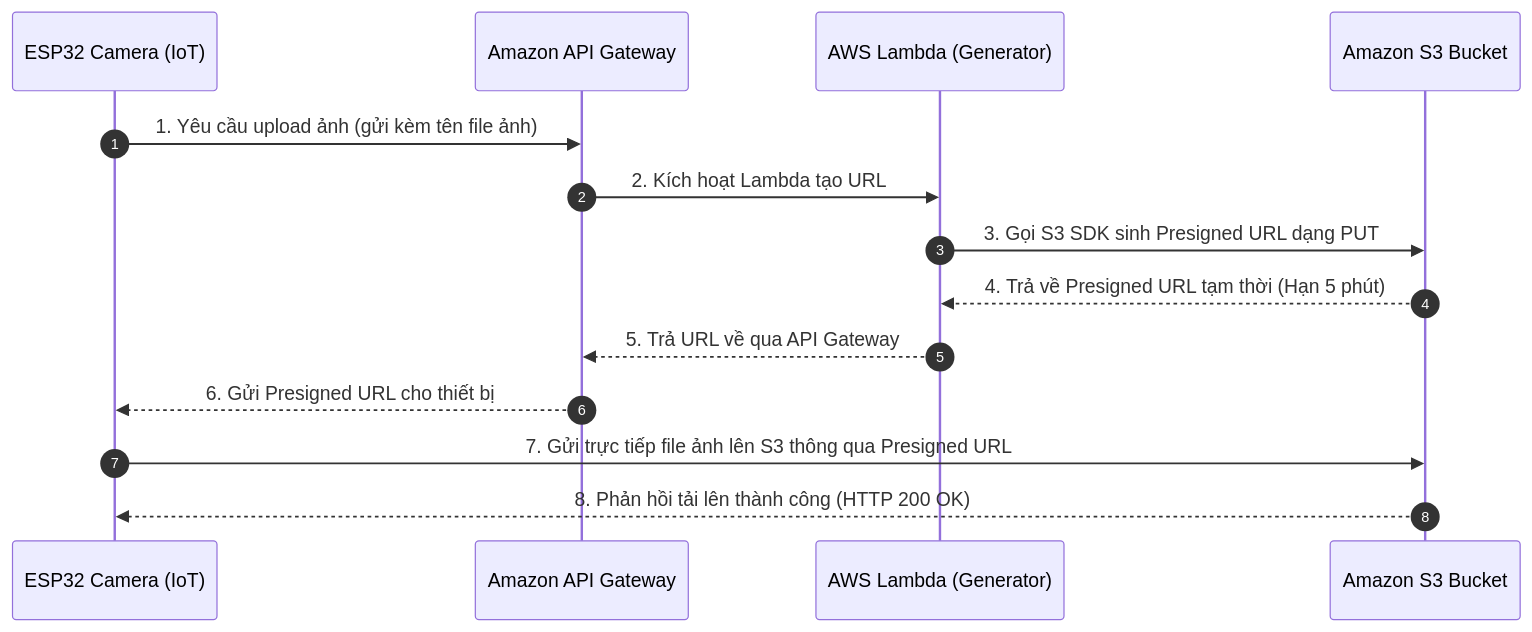
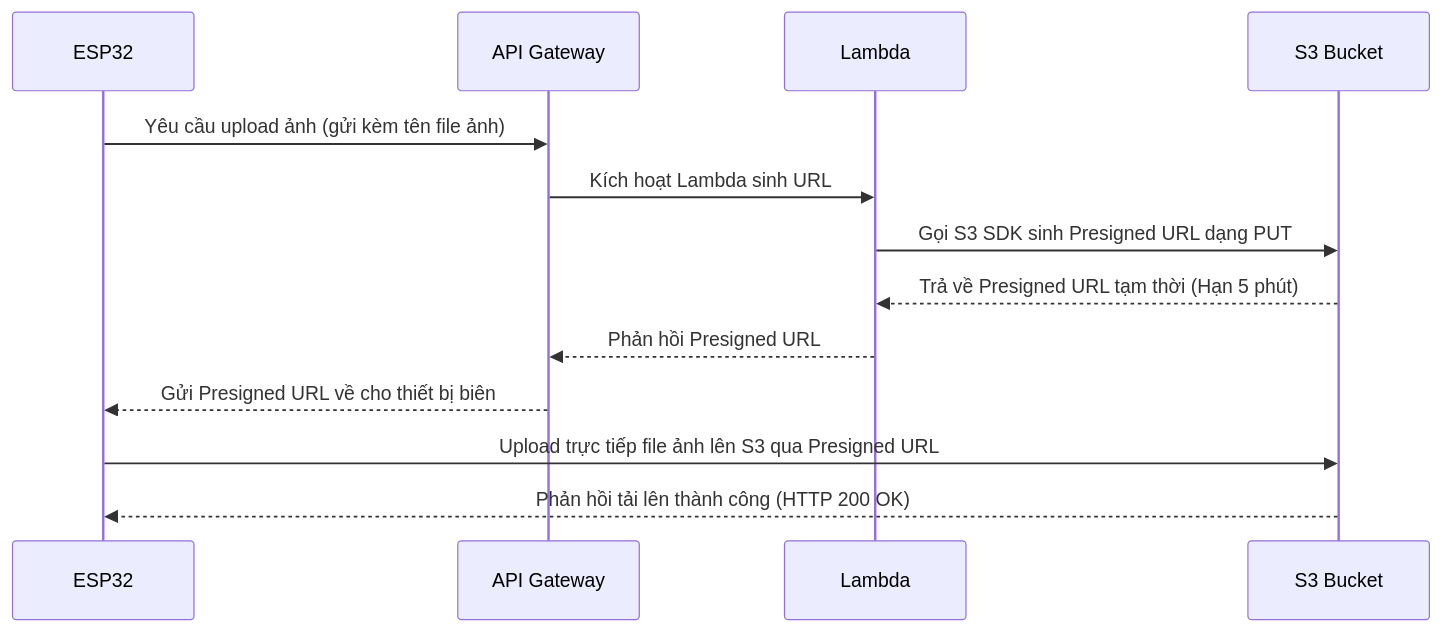
One commit to tranvantrung27/aws-report changed the diagram in content/5-Workshop/5.3-IoT-Core-S3/5.3.2-s3-presigned-url/_index.vi.md. Above: the diagram before and after it, drawn with Mermaid. The commit also changed other lines of this file and 123 other files, not shown here.

````diff
--- a/content/5-Workshop/5.3-IoT-Core-S3/5.3.2-s3-presigned-url/_index.vi.md
+++ b/content/5-Workshop/5.3-IoT-Core-S3/5.3.2-s3-presigned-url/_index.vi.md
@@ -66,17 +62,11 @@
-```mermaid
+{{< mermaid >}}
 sequenceDiagram
-    autonumber
-    participant ESP32 as ESP32 Camera (IoT)
-    participant API as Amazon API Gateway
-    participant Lambda as AWS Lambda (Generator)
-    participant S3 as Amazon S3 Bucket
-    
-    ESP32->>API: 1. Yêu cầu upload ảnh (gửi kèm tên file ảnh)
-    API->>Lambda: 2. Kích hoạt Lambda tạo URL
-    Lambda->>S3: 3. Gọi S3 SDK sinh Presigned URL dạng PUT
-    S3-->>Lambda: 4. Trả về Presigned URL tạm thời (Hạn 5 phút)
-    Lambda-->>API: 5. Trả URL về qua API Gateway
-    API-->>ESP32: 6. Gửi Presigned URL cho thiết bị
-    ESP32->>S3: 7. Gửi trực tiếp file ảnh lên S3 thông qua Presigned URL
-    S3-->>ESP32: 8. Phản hồi tải lên thành công (HTTP 200 OK)
-```
+    ESP32->>API Gateway: Yêu cầu upload ảnh (gửi kèm tên file ảnh)
+    API Gateway->>Lambda: Kích hoạt Lambda sinh URL
+    Lambda->>S3 Bucket: Gọi S3 SDK sinh Presigned URL dạng PUT
+    S3 Bucket-->>Lambda: Trả về Presigned URL tạm thời (Hạn 5 phút)
+    Lambda-->>API Gateway: Phản hồi Presigned URL
+    API Gateway-->>ESP32: Gửi Presigned URL về cho thiết bị biên
+    ESP32->>S3 Bucket: Upload trực tiếp file ảnh lên S3 qua Presigned URL
+    S3 Bucket-->>ESP32: Phản hồi tải lên thành công (HTTP 200 OK)
+{{< /mermaid >}}
````
